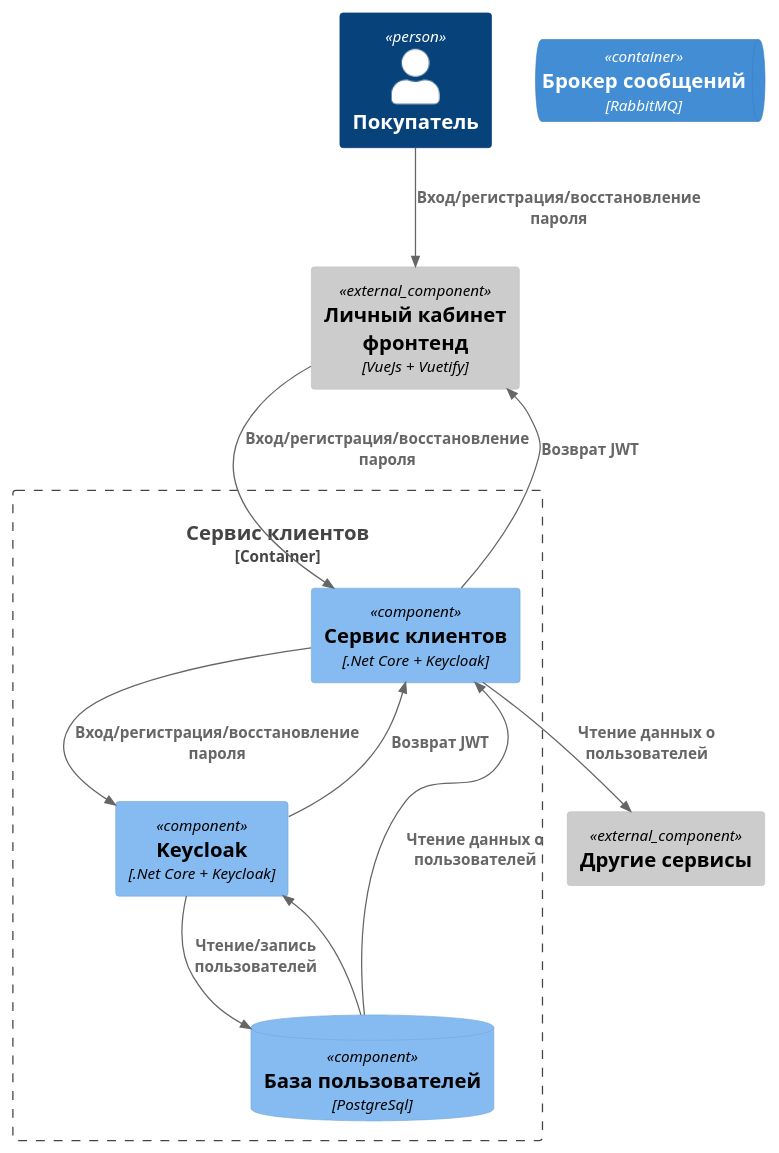
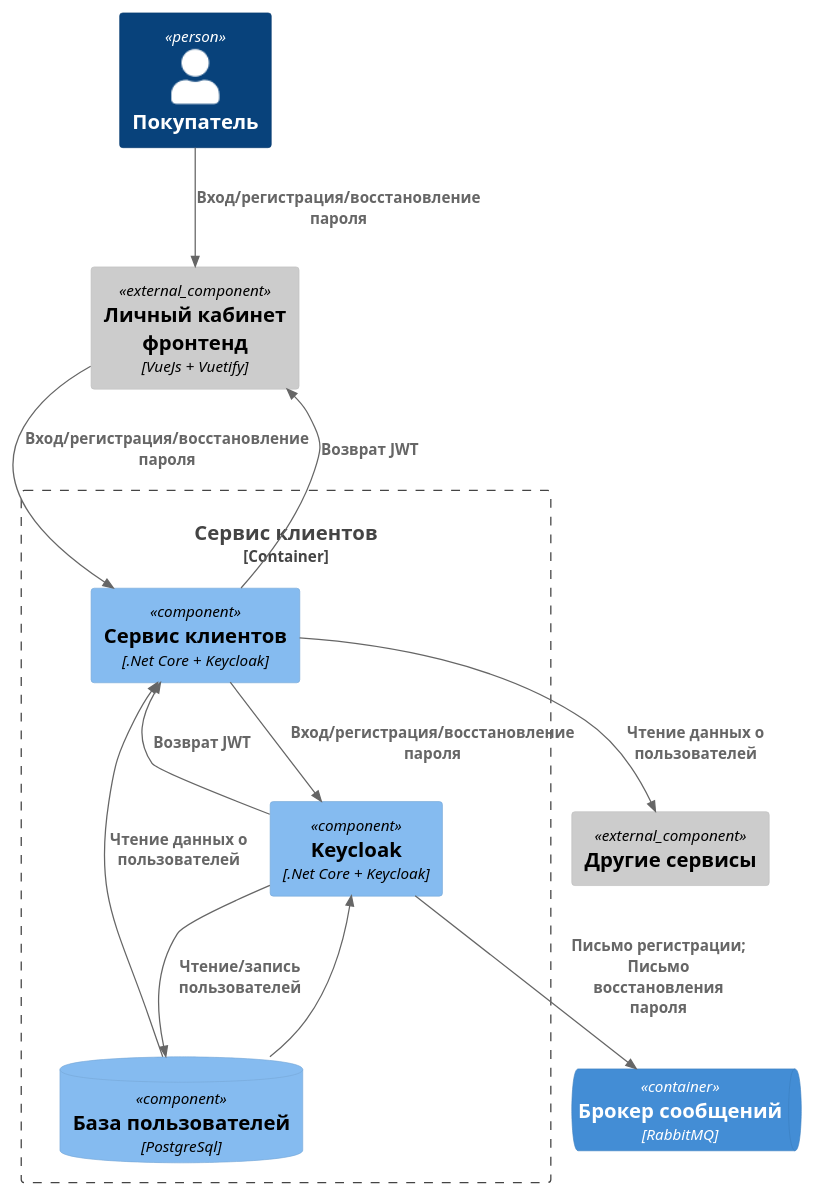
Before and after one commit to kelvionald/saas-shop: the diagram in docs/c4/3.component-service-user.puml, drawn with PlantUML.

```diff
--- a/docs/c4/3.component-service-user.puml
+++ b/docs/c4/3.component-service-user.puml
@@ -1,32 +1,34 @@
 @startuml
 !include https://raw.githubusercontent.com/plantuml-stdlib/C4-PlantUML/master/C4_Component.puml
 
 Person(user_customer, "Покупатель")
 
 ContainerQueue(system_queue, "Брокер сообщений", "RabbitMQ")
     
 Component_Ext(system_account_front, "Личный кабинет фронтенд", "VueJs + Vuetify")
 Component_Ext(system_another, "Другие сервисы", "")
 
 Container_Boundary(system_sign, "Сервис клиентов") {
     Component(component_sign, "Сервис клиентов", ".Net Core + Keycloak")
     Component(component_open_auth, "Keycloak", ".Net Core + Keycloak")
     ComponentDb(component_open_auth_db, "База пользователей", "PostgreSql")
 }
 
 Rel(user_customer, system_account_front, "Вход/регистрация/восстановление пароля")
 
 Rel(system_account_front, component_sign, "Вход/регистрация/восстановление пароля")
 Rel(component_sign, system_account_front, "Возврат JWT")
 
 Rel(component_sign, system_another, "Чтение данных о пользователей")
 
 Rel(component_open_auth_db, component_sign, "Чтение данных о пользователей")
 
 Rel(component_sign, component_open_auth, "Вход/регистрация/восстановление пароля")
 Rel(component_open_auth, component_sign, "Возврат JWT")
 
 Rel(component_open_auth, component_open_auth_db, "Чтение/запись пользователей")
 Rel(component_open_auth_db, component_open_auth, "")
 
+Rel(component_open_auth, system_queue, "Письмо регистрации; Письмо восстановления пароля")
+
 @enduml
```
